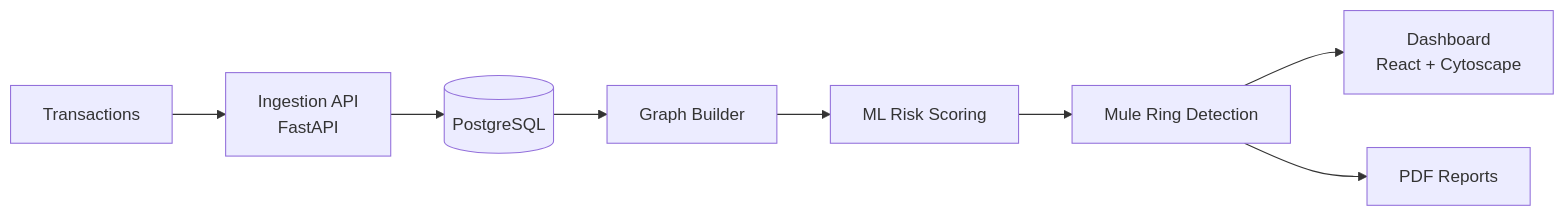
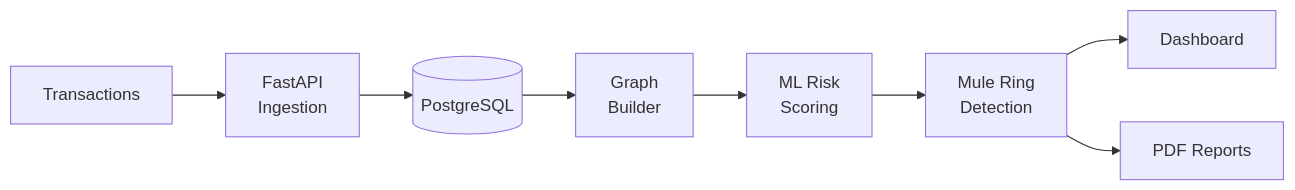
The diagram in README.md (sumit-kharat-05/sumit-kharat-05), drawn with Mermaid before and after one commit. The commit also changed other lines of this file, not shown here.

````diff
--- a/README.md
+++ b/README.md
@@ -69,10 +91,10 @@
 ```mermaid
 flowchart LR
-  A[Transactions] --> B[Ingestion API<br/>FastAPI]
+  A[Transactions] --> B[FastAPI<br/>Ingestion]
   B --> C[(PostgreSQL)]
-  C --> D[Graph Builder]
-  D --> E[ML Risk Scoring]
-  E --> F[Mule Ring Detection]
-  F --> G[Dashboard<br/>React + Cytoscape]
+  C --> D[Graph<br/>Builder]
+  D --> E[ML Risk<br/>Scoring]
+  E --> F[Mule Ring<br/>Detection]
+  F --> G[Dashboard]
   F --> H[PDF Reports]
 ```
````
